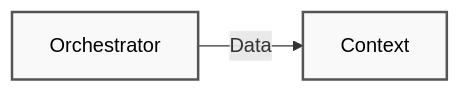
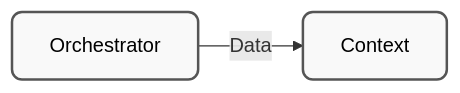
One commit to underpass-ai/swe-ai-fleet changed the fifth of 7 diagrams in MERMAID_STYLE_GUIDE.md. Above: the diagram before and after it, drawn with Mermaid. The commit also changed other lines of this file, not shown here.

````diff
--- a/MERMAID_STYLE_GUIDE.md
+++ b/MERMAID_STYLE_GUIDE.md
@@ -146,7 +146,7 @@
 ```mermaid
 graph LR
     A["Orchestrator"] -->|Data| B["Context"]
 
-    style A stroke:#555,stroke-width:2px,fill:#f9f9f9,color:#000
-    style B stroke:#555,stroke-width:2px,fill:#f9f9f9,color:#000
+    style A stroke:#555,stroke-width:2px,fill:#f9f9f9,color:#000,rx:8,ry:8
+    style B stroke:#555,stroke-width:2px,fill:#f9f9f9,color:#000,rx:8,ry:8
 ```
````
